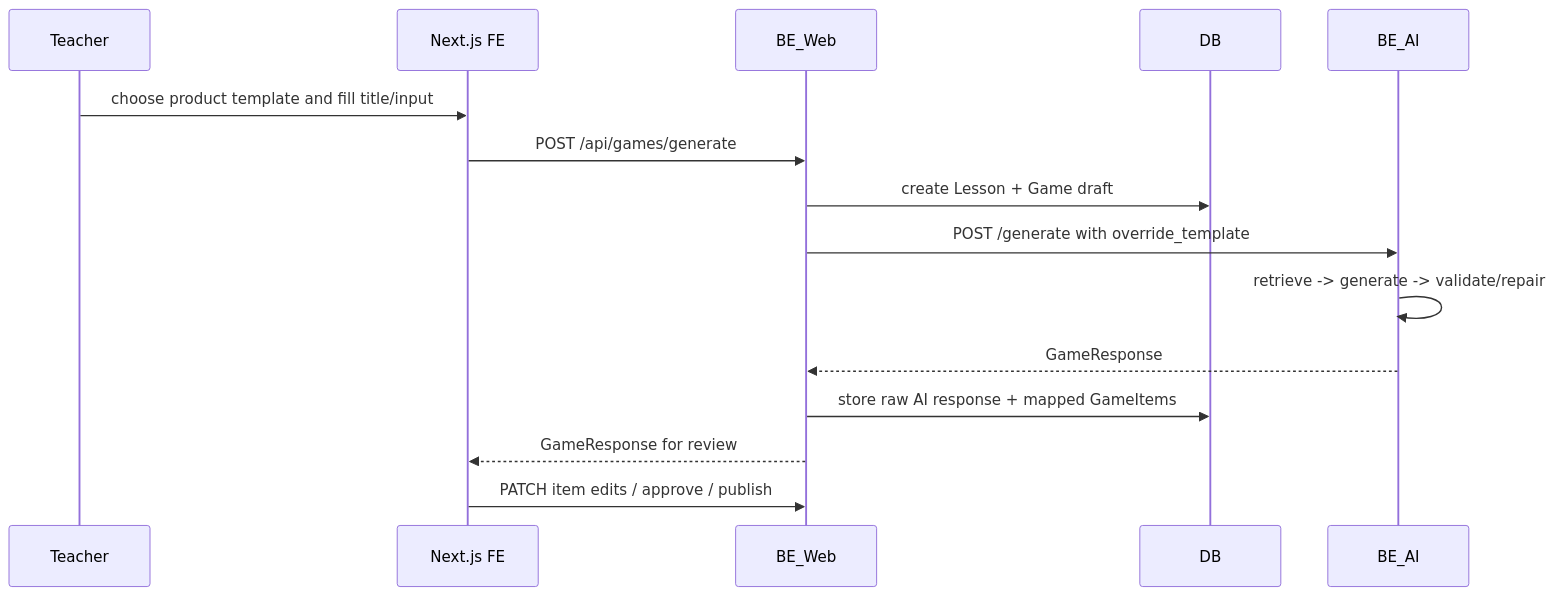
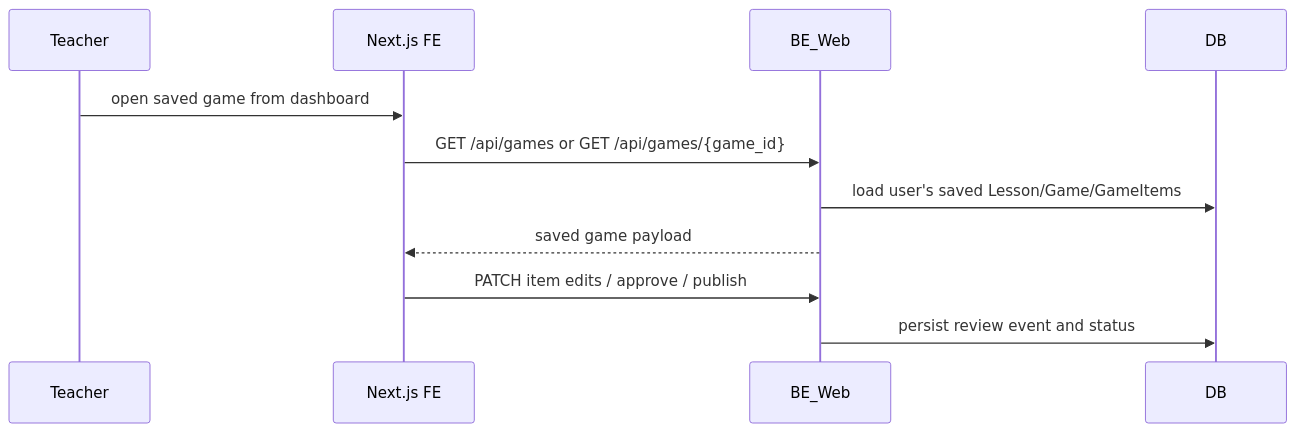
One commit to hieuhieu10/c2-app-127 changed the fifth of 6 diagrams in docs/ARCHITECTURE.md. Above: the diagram before and after it, drawn with Mermaid. The commit also changed other lines of this file and 34 other files, not shown here.

Commit message:
chore: clean old game flow and standardize backend docs

````diff
--- a/docs/ARCHITECTURE.md
+++ b/docs/ARCHITECTURE.md
@@ -126,18 +145,14 @@
 ```mermaid
 sequenceDiagram
     participant T as Teacher
     participant FE as Next.js FE
     participant WEB as BE_Web
     participant DB as DB
-    participant AI as BE_AI
 
-    T->>FE: choose product template and fill title/input
-    FE->>WEB: POST /api/games/generate
-    WEB->>DB: create Lesson + Game draft
-    WEB->>AI: POST /generate with override_template
-    AI->>AI: retrieve -> generate -> validate/repair
-    AI-->>WEB: GameResponse
-    WEB->>DB: store raw AI response + mapped GameItems
-    WEB-->>FE: GameResponse for review
+    T->>FE: open saved game from dashboard
+    FE->>WEB: GET /api/games or GET /api/games/{game_id}
+    WEB->>DB: load user's saved Lesson/Game/GameItems
+    WEB-->>FE: saved game payload
     FE->>WEB: PATCH item edits / approve / publish
+    WEB->>DB: persist review event and status
 ```
````
